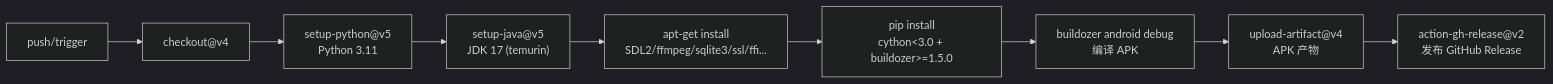
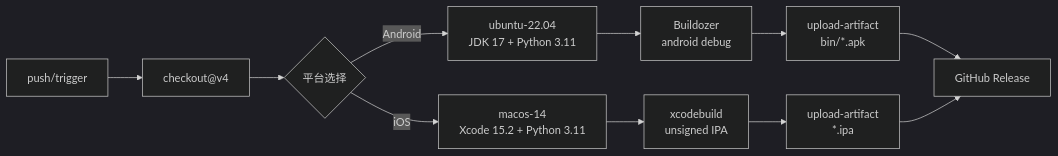
One commit to 18227370901/gift_bookkeeping_apk changed the third of 3 diagrams in PSD_Design_Document.md. Above: the diagram before and after it, drawn with Mermaid (dark theme). The commit also changed other lines of this file and 62 other files, not shown here.

````diff
--- a/PSD_Design_Document.md
+++ b/PSD_Design_Document.md
@@ -815,11 +371,13 @@
 ```mermaid
 graph LR
     A["push/trigger"] --> B["checkout@v4"]
-    B --> C["setup-python@v5<br/>Python 3.11"]
-    C --> D["setup-java@v5<br/>JDK 17 (temurin)"]
-    D --> E["apt-get install<br/>SDL2/ffmpeg/sqlite3/ssl/ffi..."]
-    E --> F["pip install<br/>cython<3.0 + buildozer>=1.5.0"]
-    F --> G["buildozer android debug<br/>编译 APK"]
-    G --> H["upload-artifact@v4<br/>APK 产物"]
-    H --> I["action-gh-release@v2<br/>发布 GitHub Release"]
+    B --> C{"平台选择"}
+    C -->|"Android"| D["ubuntu-22.04<br/>JDK 17 + Python 3.11"]
+    C -->|"iOS"| E["macos-14<br/>Xcode 15.2 + Python 3.11"]
+    D --> F["Buildozer<br/>android debug"]
+    E --> G["xcodebuild<br/>unsigned IPA"]
+    F --> H["upload-artifact<br/>bin/*.apk"]
+    G --> I["upload-artifact<br/>*.ipa"]
+    H --> J["GitHub Release"]
+    I --> J
 ```
````
